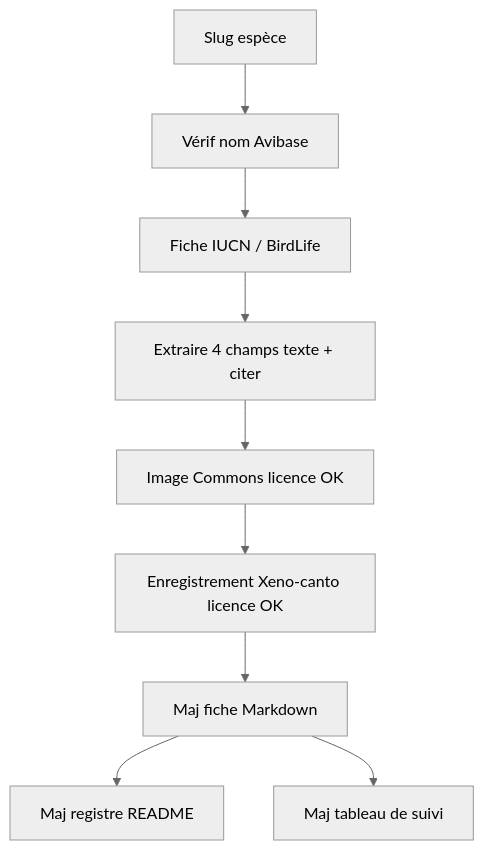
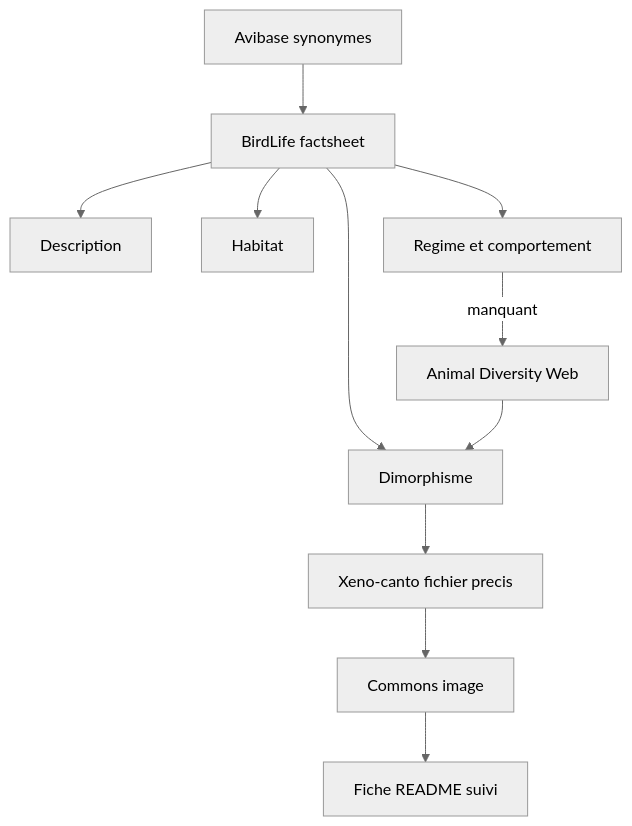
One commit to naanouff/OrnithoDex changed the diagram in documentation/projet/plan-sources.md. Above: the diagram before and after it, drawn with Mermaid (neutral theme). The commit also changed other lines of this file and 10 other files, not shown here.

````diff
--- a/documentation/projet/plan-sources.md
+++ b/documentation/projet/plan-sources.md
@@ -42,11 +49,13 @@
 ```mermaid
 flowchart TD
-  slug[Slug espèce] --> tax[Vérif nom Avibase]
-  tax --> iucn[Fiche IUCN / BirdLife]
-  iucn --> extract[Extraire 4 champs texte + citer]
-  extract --> mediaImg[Image Commons licence OK]
-  mediaImg --> mediaAud[Enregistrement Xeno-canto licence OK]
-  mediaAud --> fiche[Maj fiche Markdown]
-  fiche --> readme[Maj registre README]
-  fiche --> track[Maj tableau de suivi]
+  tax[Avibase synonymes] --> bl[BirdLife factsheet]
+  bl --> desc[Description]
+  bl --> hab[Habitat]
+  bl --> dietBeh[Regime et comportement]
+  dietBeh -->|manquant| adw[Animal Diversity Web]
+  bl --> dim[Dimorphisme]
+  adw --> dim
+  dim --> xc[Xeno-canto fichier precis]
+  xc --> img[Commons image]
+  img --> fiche[Fiche README suivi]
 ```
````
